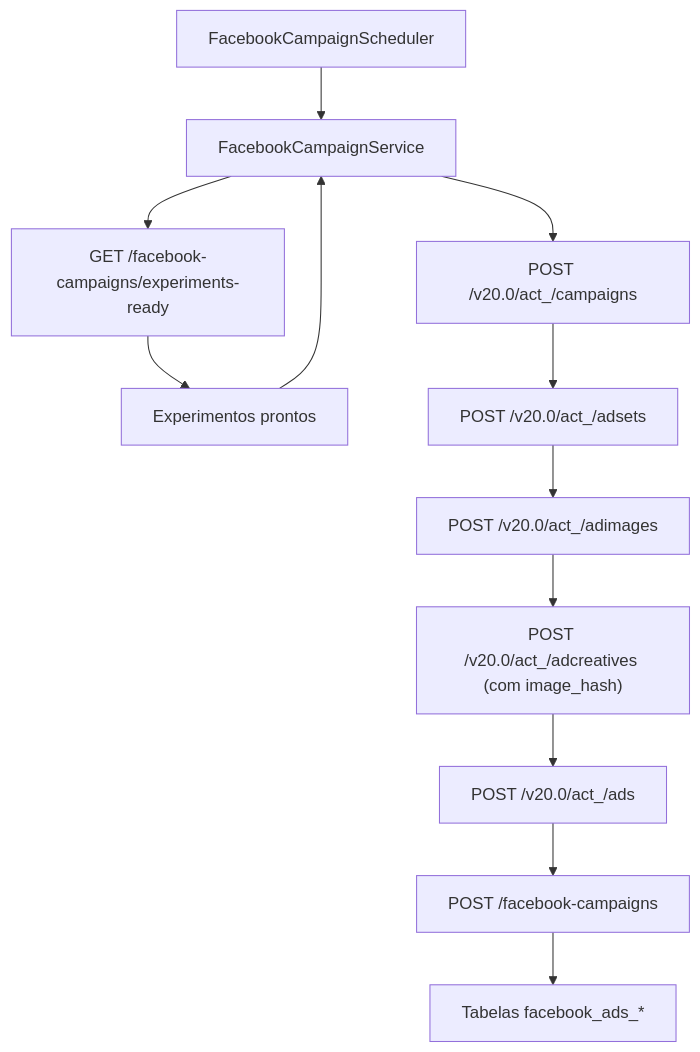
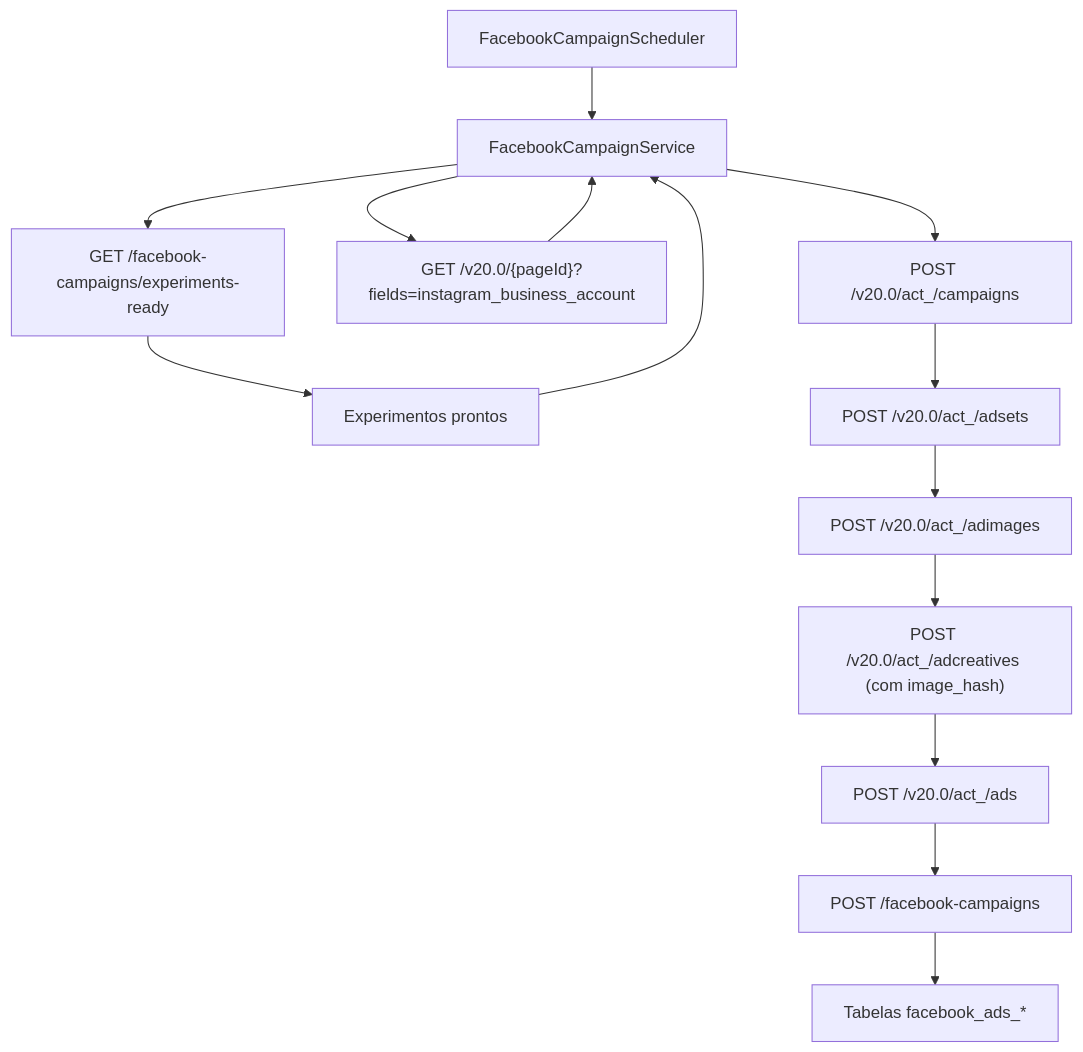
The diagram in docs/facebook-ads-worker/input-output-mapping.md (paulofor/marketing-hub), drawn with Mermaid before and after one commit. The commit also changed other lines of this file and 10 other files, not shown here.

````diff
--- a/docs/facebook-ads-worker/input-output-mapping.md
+++ b/docs/facebook-ads-worker/input-output-mapping.md
@@ -35,14 +35,16 @@
 ```mermaid
 flowchart TD
     scheduler["FacebookCampaignScheduler"] --> service["FacebookCampaignService"]
     service --> fetch["GET /facebook-campaigns/experiments-ready"]
     fetch --> experiments["Experimentos prontos"]
     experiments --> service
+    service --> pageInstagram["GET /v20.0/{pageId}?fields=instagram_business_account"]
+    pageInstagram --> service
     service --> createCampaign["POST /v20.0/act_<adAccountId>/campaigns"]
     createCampaign --> createAdSet["POST /v20.0/act_<adAccountId>/adsets"]
     createAdSet --> uploadImage["POST /v20.0/act_<adAccountId>/adimages"]
     uploadImage --> createCreative["POST /v20.0/act_<adAccountId>/adcreatives (com image_hash)"]
     createCreative --> createAd["POST /v20.0/act_<adAccountId>/ads"]
     createAd --> persist["POST /facebook-campaigns"]
     persist --> db["Tabelas facebook_ads_*"]
 ```
````
